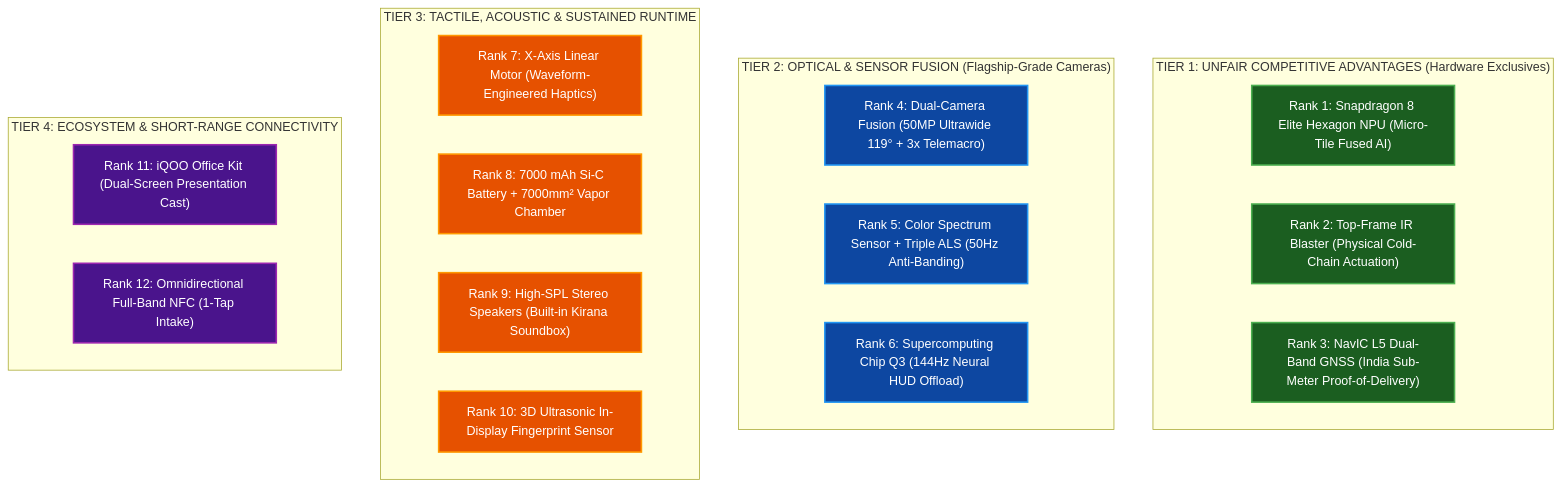
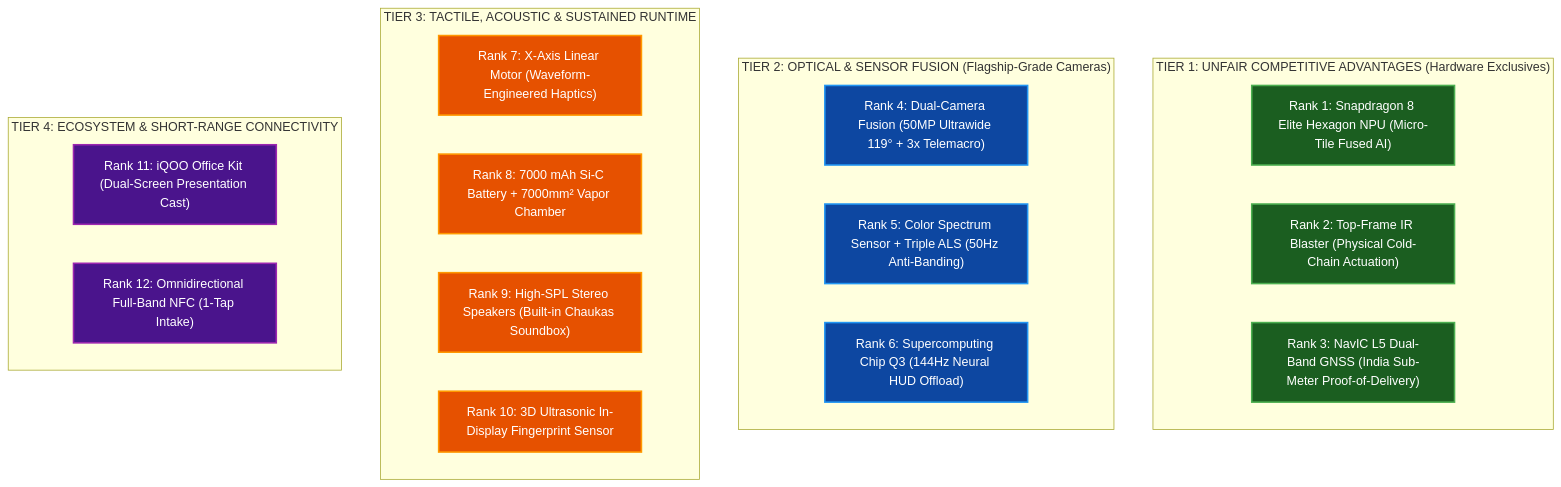
The diagram in docs/01_pitch/feature.md (SanTiwari07/KiranaRakshak), drawn with Mermaid before and after one commit. The commit also changed other lines of this file and 21 other files, not shown here.

````diff
--- a/docs/01_pitch/feature.md
+++ b/docs/01_pitch/feature.md
@@ -135,31 +135,31 @@
 ```mermaid
 graph TD
     classDef t1 fill:#1b5e20,stroke:#4caf50,stroke-width:2px,color:#fff;
     classDef t2 fill:#0d47a1,stroke:#2196f3,stroke-width:2px,color:#fff;
     classDef t3 fill:#e65100,stroke:#ff9800,stroke-width:2px,color:#fff;
     classDef t4 fill:#4a148c,stroke:#9c27b0,stroke-width:2px,color:#fff;
 
     subgraph TIER1["TIER 1: UNFAIR COMPETITIVE ADVANTAGES (Hardware Exclusives)"]
         F1["Rank 1: Snapdragon 8 Elite Hexagon NPU (Micro-Tile Fused AI)"]:::t1
         F2["Rank 2: Top-Frame IR Blaster (Physical Cold-Chain Actuation)"]:::t1
         F3["Rank 3: NavIC L5 Dual-Band GNSS (India Sub-Meter Proof-of-Delivery)"]:::t1
     end
 
     subgraph TIER2["TIER 2: OPTICAL & SENSOR FUSION (Flagship-Grade Cameras)"]
         F4["Rank 4: Dual-Camera Fusion (50MP Ultrawide 119° + 3x Telemacro)"]:::t2
         F5["Rank 5: Color Spectrum Sensor + Triple ALS (50Hz Anti-Banding)"]:::t2
         F6["Rank 6: Supercomputing Chip Q3 (144Hz Neural HUD Offload)"]:::t2
     end
 
     subgraph TIER3["TIER 3: TACTILE, ACOUSTIC & SUSTAINED RUNTIME"]
         F7["Rank 7: X-Axis Linear Motor (Waveform-Engineered Haptics)"]:::t3
         F8["Rank 8: 7000 mAh Si-C Battery + 7000mm² Vapor Chamber"]:::t3
-        F9["Rank 9: High-SPL Stereo Speakers (Built-in Kirana Soundbox)"]:::t3
+        F9["Rank 9: High-SPL Stereo Speakers (Built-in Chaukas Soundbox)"]:::t3
         F10["Rank 10: 3D Ultrasonic In-Display Fingerprint Sensor"]:::t3
     end
 
     subgraph TIER4["TIER 4: ECOSYSTEM & SHORT-RANGE CONNECTIVITY"]
         F11["Rank 11: iQOO Office Kit (Dual-Screen Presentation Cast)"]:::t4
         F12["Rank 12: Omnidirectional Full-Band NFC (1-Tap Intake)"]:::t4
     end
 ```
````
